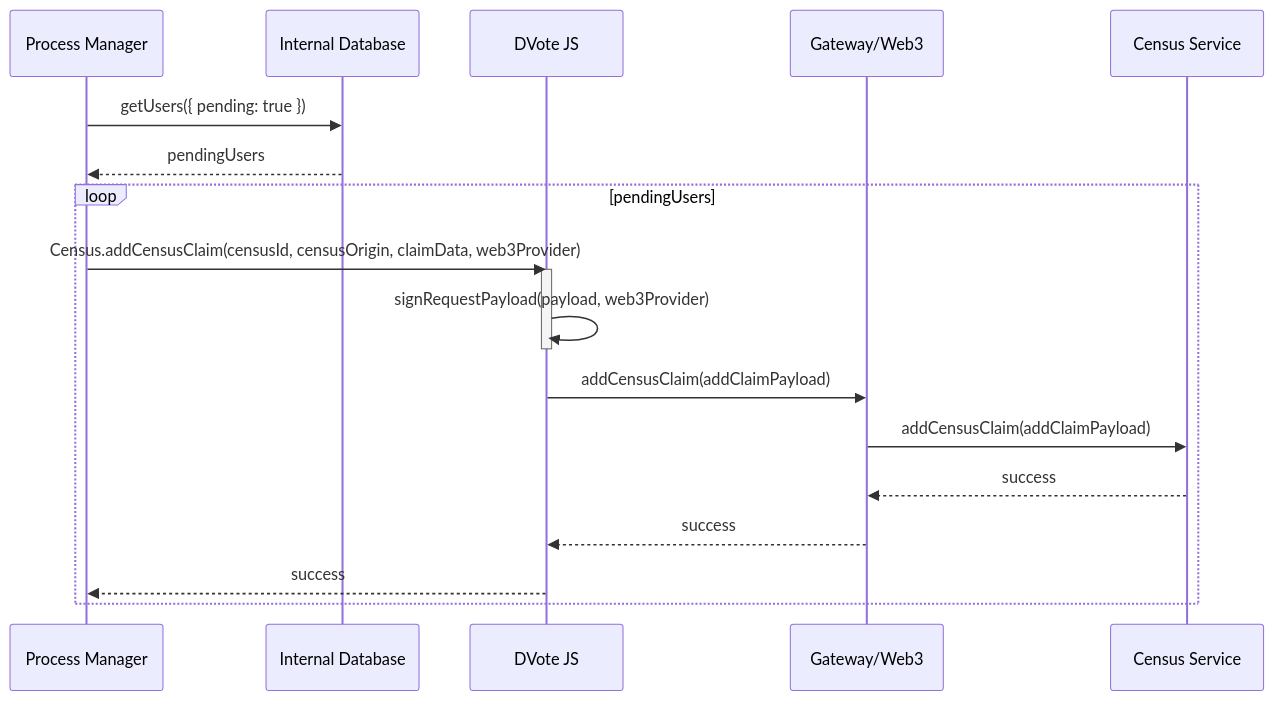
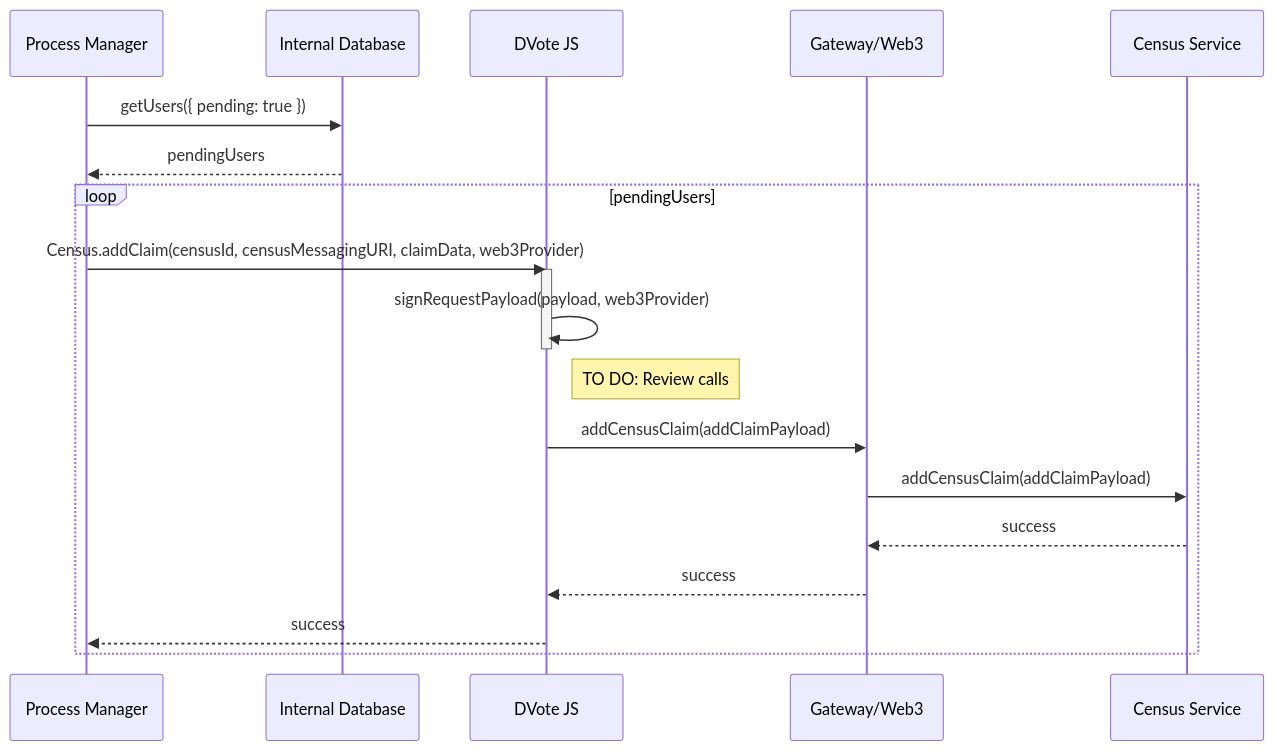
One commit to vocdoni/docs changed the fourth of 13 diagrams in docs/protocol/sequence-diagrams.md. Above: the diagram before and after it, drawn with Mermaid. The commit also changed other lines of this file and 2 other files, not shown here.

````diff
--- a/docs/protocol/sequence-diagrams.md
+++ b/docs/protocol/sequence-diagrams.md
@@ -189,24 +189,27 @@
 ```mermaid
 sequenceDiagram
     participant PM as Process Manager
     participant DB as Internal Database
     participant DV as DVote JS
     participant GW as Gateway/Web3
     participant CS as Census Service
 
     PM->>DB: getUsers({ pending: true })
     DB-->>PM: pendingUsers
 
 
     loop pendingUsers
-        PM->>DV: Census.addCensusClaim(censusId, censusOrigin, claimData, web3Provider)
-        activate DV
-        DV->>DV: signRequestPayload(payload, web3Provider)
-        deactivate DV
-        DV->>GW: addCensusClaim(addClaimPayload)
-        GW->>CS: addCensusClaim(addClaimPayload)
-        CS-->>GW: success
-        GW-->>DV: success
+        PM->>DV: Census.addClaim(censusId, censusMessagingURI, claimData, web3Provider)
+            activate DV
+                DV->>DV: signRequestPayload(payload, web3Provider)
+            deactivate DV
+
+            Note right of DV: TO DO: Review calls
+
+            DV->>GW: addCensusClaim(addClaimPayload)
+                GW->>CS: addCensusClaim(addClaimPayload)
+                CS-->>GW: success
+            GW-->>DV: success
         DV-->>PM: success
     end
 ```
````
